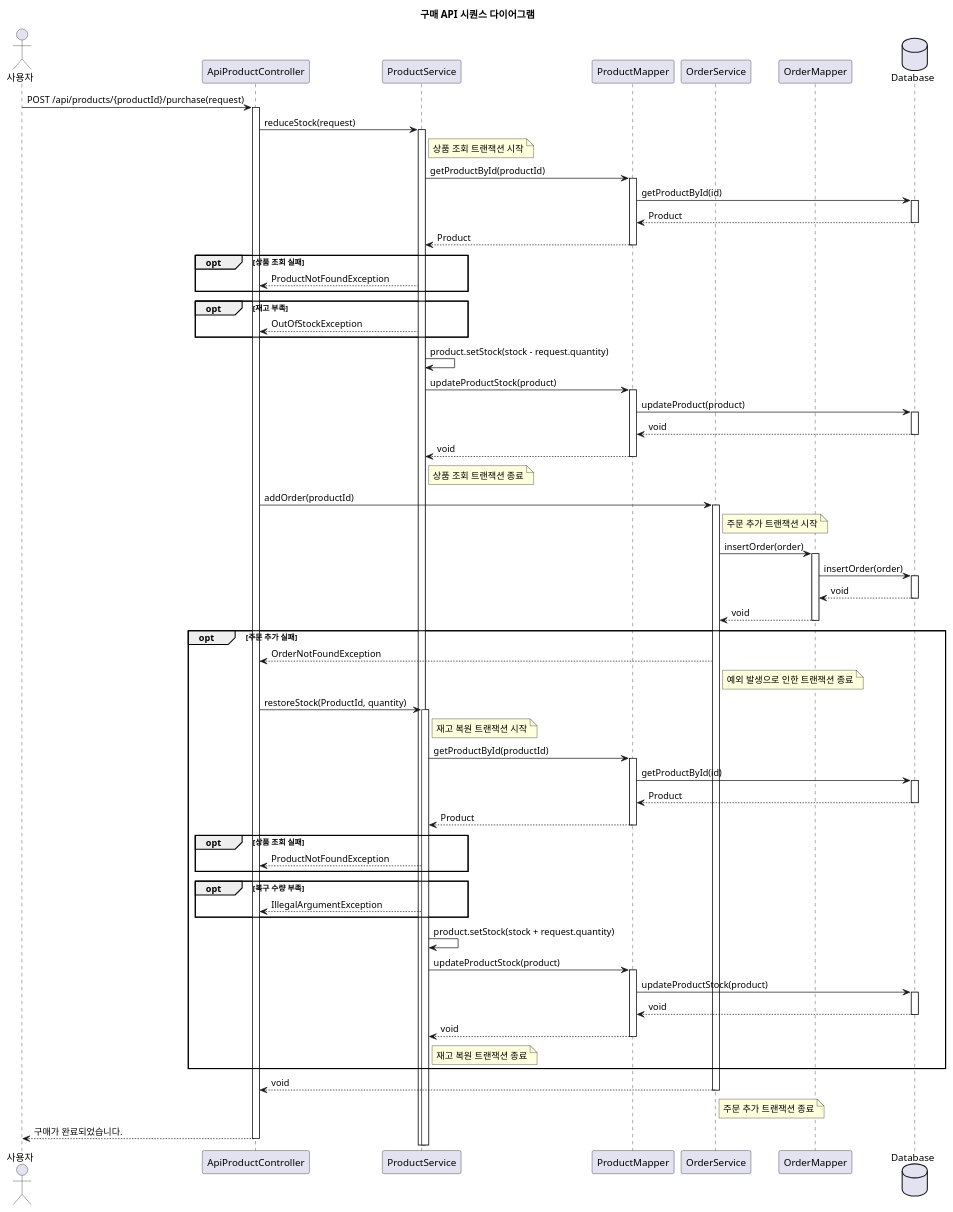
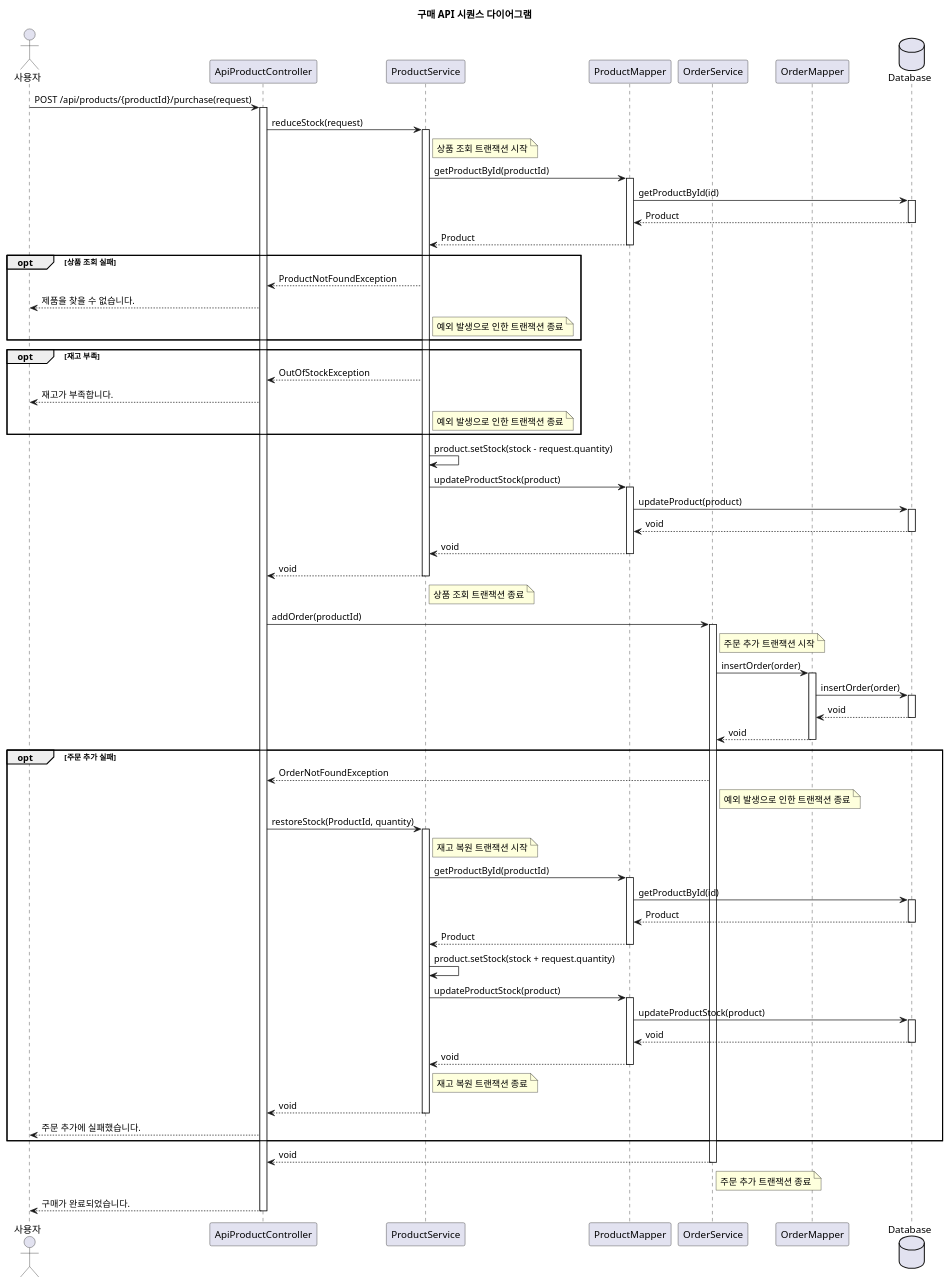
One commit to siljae/shoppingmall changed the diagram in docs/diagrams/Order.puml. Above: the diagram before and after it, drawn with PlantUML. The commit also changed 3 other files, not shown here.

Commit message:
ProductService의 restoreStock 로직 개선, purchaseProduct의 예외 처리 순서 변경, PlantUML 다이어그램 업데이트

```diff
--- a/docs/diagrams/Order.puml
+++ b/docs/diagrams/Order.puml
@@ -1,98 +1,101 @@
 @startuml
 title 구매 API 시퀀스 다이어그램
 
 actor 사용자 as User
 participant "ApiProductController" as Controller
 participant "ProductService" as ProductService
 participant "ProductMapper" as ProductMapper
 participant "OrderService" as OrderService
 participant "OrderMapper" as OrderMapper
 database "Database" as DB
 
 User -> Controller : POST /api/products/{productId}/purchase(request)
 activate Controller
 
 Controller -> ProductService : reduceStock(request)
 activate ProductService
 
 note right of ProductService : 상품 조회 트랜잭션 시작
     ProductService -> ProductMapper : getProductById(productId)
     activate ProductMapper
         ProductMapper -> DB : getProductById(id)
         activate DB
         DB --> ProductMapper : Product
         deactivate DB
     ProductMapper --> ProductService : Product
     deactivate ProductMapper
 
     opt 상품 조회 실패
     ProductService --> Controller : ProductNotFoundException
+    Controller --> User : 제품을 찾을 수 없습니다.
+    note right of ProductService : 예외 발생으로 인한 트랜잭션 종료
     end
     opt 재고 부족
     ProductService --> Controller : OutOfStockException
+    Controller --> User : 재고가 부족합니다.
+    note right of ProductService : 예외 발생으로 인한 트랜잭션 종료
     end
 
     ProductService -> ProductService : product.setStock(stock - request.quantity)
     ProductService -> ProductMapper : updateProductStock(product)
     activate ProductMapper
         ProductMapper -> DB : updateProduct(product)
         activate DB
         DB --> ProductMapper : void
         deactivate DB
     ProductMapper --> ProductService : void
     deactivate ProductMapper
+ProductService --> Controller : void
+deactivate ProductService
 note right of ProductService : 상품 조회 트랜잭션 종료
 
 Controller -> OrderService : addOrder(productId)
 activate OrderService
 
 note right of OrderService : 주문 추가 트랜잭션 시작
     OrderService -> OrderMapper : insertOrder(order)
     activate OrderMapper
 
         OrderMapper -> DB : insertOrder(order)
         activate DB
         DB --> OrderMapper : void
         deactivate DB
     OrderMapper --> OrderService : void
     deactivate OrderMapper
 
     opt 주문 추가 실패
     OrderService --> Controller : OrderNotFoundException
     note right of OrderService : 예외 발생으로 인한 트랜잭션 종료
     Controller -> ProductService : restoreStock(ProductId, quantity)
     note right of ProductService : 재고 복원 트랜잭션 시작
     activate ProductService
         ProductService -> ProductMapper : getProductById(productId)
         activate ProductMapper
             ProductMapper -> DB : getProductById(id)
             activate DB
             DB --> ProductMapper : Product
             deactivate DB
         ProductMapper --> ProductService : Product
         deactivate ProductMapper
-        opt 상품 조회 실패
-        ProductService --> Controller : ProductNotFoundException
-        end
-        opt 복구 수량 부족
-        ProductService --> Controller : IllegalArgumentException
-        end
         ProductService -> ProductService : product.setStock(stock + request.quantity)
             ProductService -> ProductMapper : updateProductStock(product)
             activate ProductMapper
                 ProductMapper -> DB : updateProductStock(product)
                 activate DB
                 DB --> ProductMapper : void
                 deactivate DB
             ProductMapper --> ProductService : void
             deactivate ProductMapper
-    note right of ProductService : 재고 복원 트랜잭션 종료
+            note right of ProductService : 재고 복원 트랜잭션 종료
+        ProductService --> Controller : void
+        deactivate ProductService
+    Controller --> User : 주문 추가에 실패했습니다.
     end
 OrderService --> Controller : void
 deactivate OrderService
 note right of OrderService : 주문 추가 트랜잭션 종료
 
 Controller --> User : 구매가 완료되었습니다.
 deactivate Controller
 
 @enduml
```
